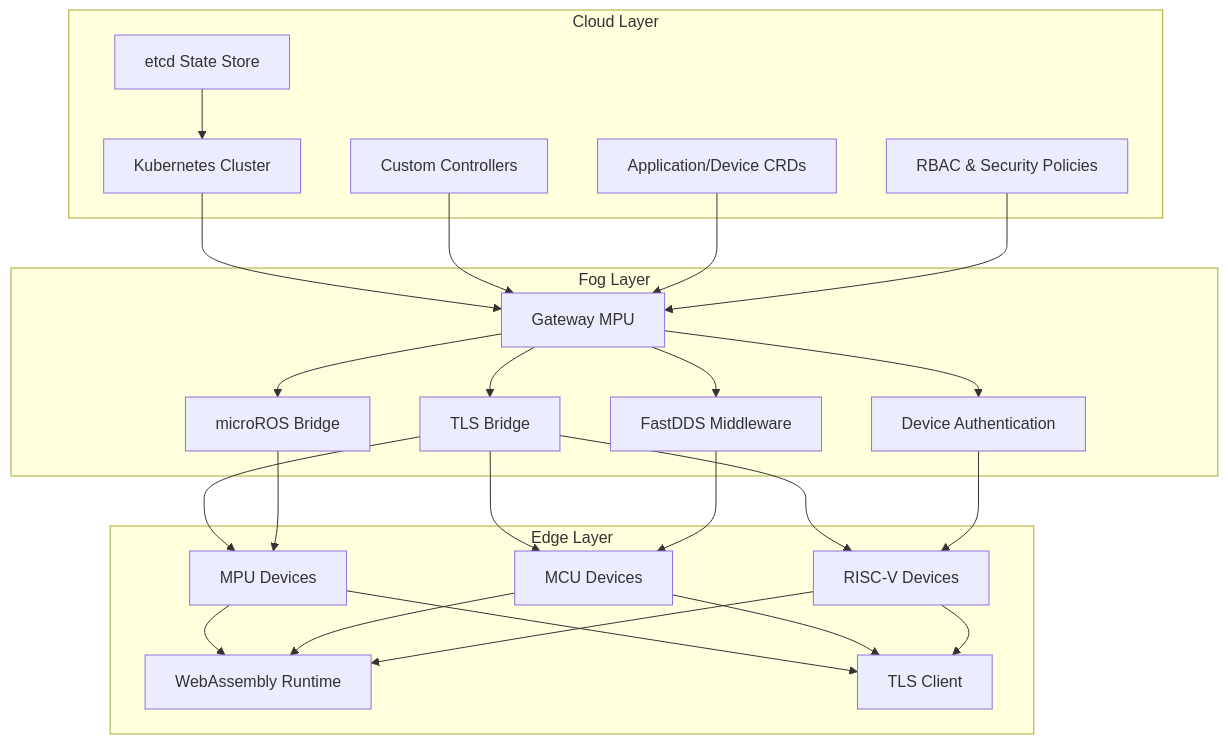
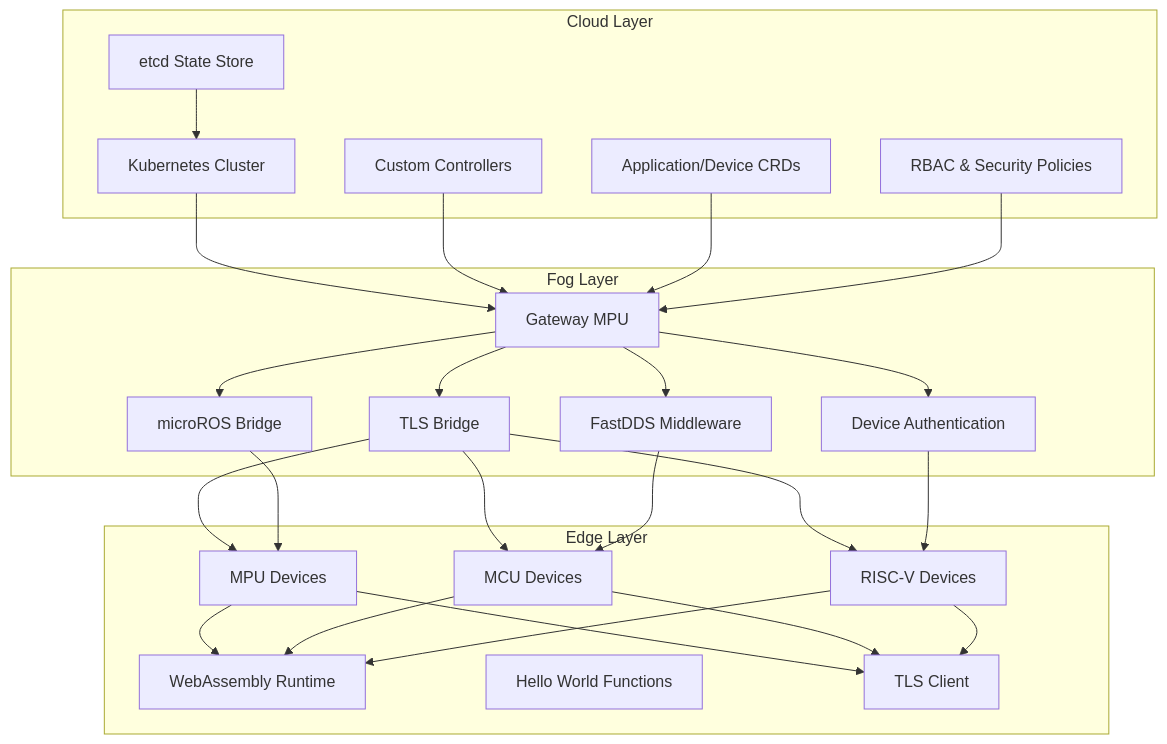
The first of 4 diagrams in README.md (lucadagati/retrospect), drawn with Mermaid before and after one commit. The commit also changed other lines of this file and 24 other files, not shown here.

First line of the commit message:
Remove PX4 integration and simplify to hello world WASM runtime

````diff
--- a/README.md
+++ b/README.md
@@ -34,51 +32,52 @@
 ```mermaid
 graph TB
     subgraph "Cloud Layer"
         K8S[Kubernetes Cluster]
         CTRL[Custom Controllers]
         CRD[Application/Device CRDs]
         RBAC[RBAC & Security Policies]
         ETCD[etcd State Store]
     end
     
     subgraph "Fog Layer"
         GW[Gateway MPU]
         TLS[TLS Bridge]
         MR[microROS Bridge]
         FDDS[FastDDS Middleware]
         AUTH[Device Authentication]
     end
     
     subgraph "Edge Layer"
         MPU[MPU Devices]
         MCU[MCU Devices]
         RISCV[RISC-V Devices]
         WASM[WebAssembly Runtime]
+        HW[Hello World Functions]
         TLS_CLIENT[TLS Client]
     end
     
     K8S --> GW
     CTRL --> GW
     CRD --> GW
     RBAC --> GW
     ETCD --> K8S
     
     GW --> TLS
     GW --> MR
     GW --> FDDS
     GW --> AUTH
     
     TLS --> MPU
     TLS --> MCU
     TLS --> RISCV
     MR --> MPU
     FDDS --> MCU
     AUTH --> RISCV
     
     MPU --> WASM
     MCU --> WASM
     RISCV --> WASM
     MPU --> TLS_CLIENT
     MCU --> TLS_CLIENT
     RISCV --> TLS_CLIENT
 ```
````
